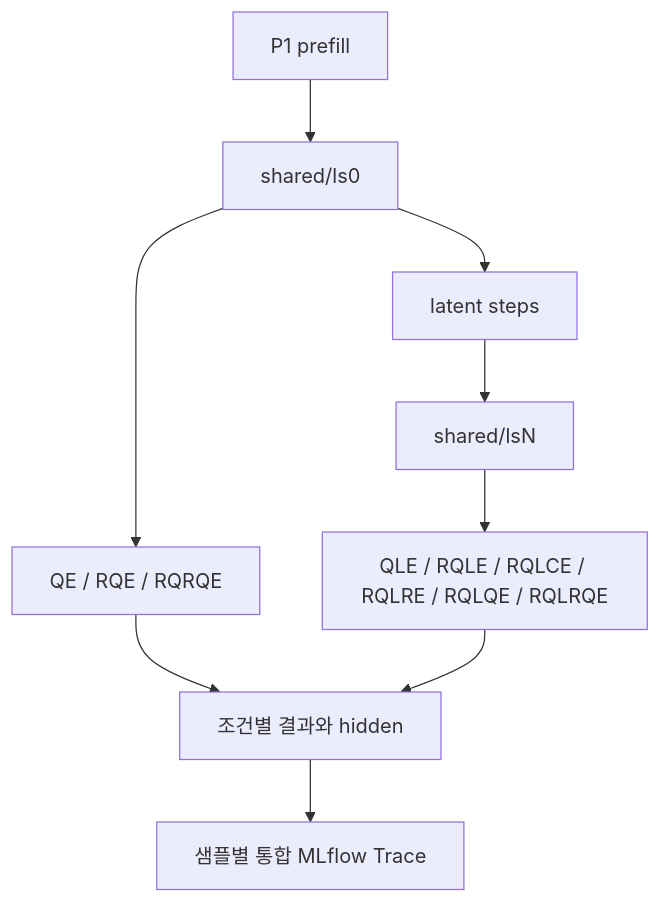
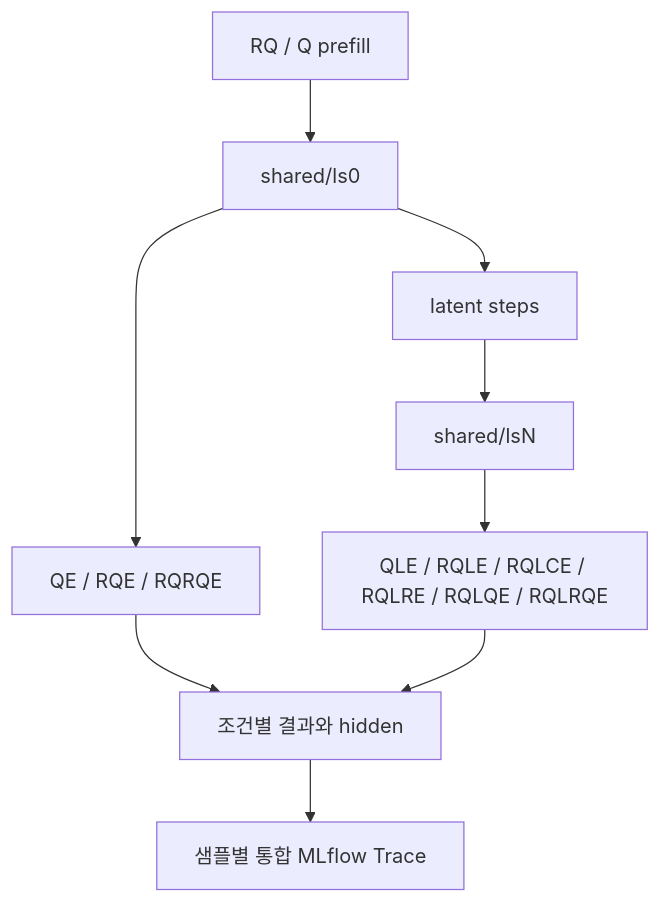
One commit to esillileu/latentmas-reprop changed the diagram in docs/use_cases/intervention_continuation.md. Above: the diagram before and after it, drawn with Mermaid. The commit also changed other lines of this file and 23 other files, not shown here.

````diff
--- a/docs/use_cases/intervention_continuation.md
+++ b/docs/use_cases/intervention_continuation.md
@@ -42,10 +42,10 @@
 ```mermaid
 flowchart TD
-    P1["P1 prefill"] --> LS0["shared/ls0"]
+    Initial["RQ / Q prefill"] --> LS0["shared/ls0"]
     LS0 --> Direct["QE / RQE / RQRQE"]
     LS0 --> Latent["latent steps"] --> LSN["shared/lsN"]
     LSN --> Branch["QLE / RQLE / RQLCE / RQLRE / RQLQE / RQLRQE"]
     Direct --> Results["조건별 결과와 hidden"]
     Branch --> Results
     Results --> Trace["샘플별 통합 MLflow Trace"]
 ```
````
